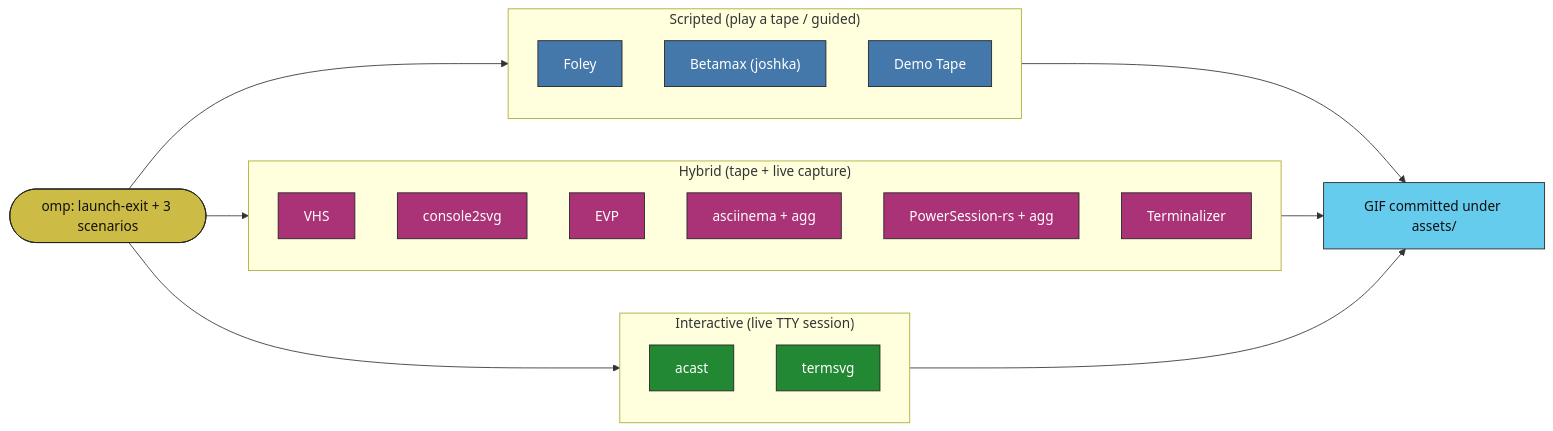
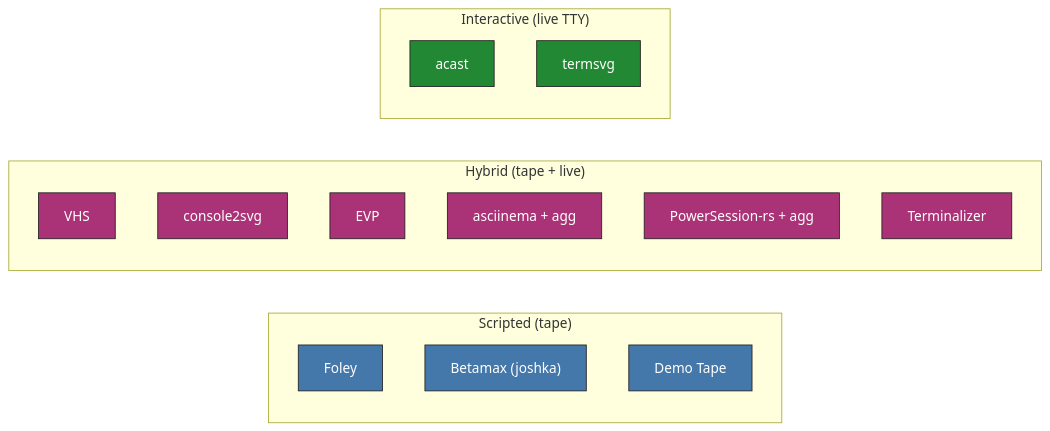
Before and after one commit to YoraiLevi/testing-area: the diagram in README.md, drawn with Mermaid. The commit also changed other lines of this file and 11 other files, not shown here.

First line of the commit message:
docs(readme): tighten lede, family blurb, mermaid, platform, how-to-read

````diff
--- a/README.md
+++ b/README.md
@@ -17,35 +8,26 @@
 ```mermaid
 flowchart LR
-  OMP(["omp: launch-exit + 3 scenarios"]):::c
-  subgraph SCR["Scripted (play a tape / guided)"]
+  subgraph SCR["Scripted (tape)"]
     direction TB
     FOLEY["Foley"]:::a
     BETA["Betamax (joshka)"]:::a
     DT["Demo Tape"]:::a
   end
-  subgraph HYB["Hybrid (tape + live capture)"]
+  subgraph HYB["Hybrid (tape + live)"]
     direction TB
     VHS["VHS"]:::h
     C2S["console2svg"]:::h
     EVP["EVP"]:::h
     ASC["asciinema + agg"]:::h
     PS["PowerSession-rs + agg"]:::h
     TZ["Terminalizer"]:::h
   end
-  subgraph INT["Interactive (live TTY session)"]
+  subgraph INT["Interactive (live TTY)"]
     direction TB
     ACAST["acast"]:::b
     TSVG["termsvg"]:::b
   end
-  OMP --> SCR
-  OMP --> HYB
-  OMP --> INT
-  SCR --> GIF["GIF committed under assets/"]:::d
-  HYB --> GIF
-  INT --> GIF
   classDef a fill:#4477AA,color:#fff,stroke:#222
   classDef b fill:#228833,color:#fff,stroke:#222
   classDef h fill:#AA3377,color:#fff,stroke:#222
-  classDef c fill:#CCBB44,color:#111,stroke:#222
-  classDef d fill:#66CCEE,color:#111,stroke:#222
 ```
````
